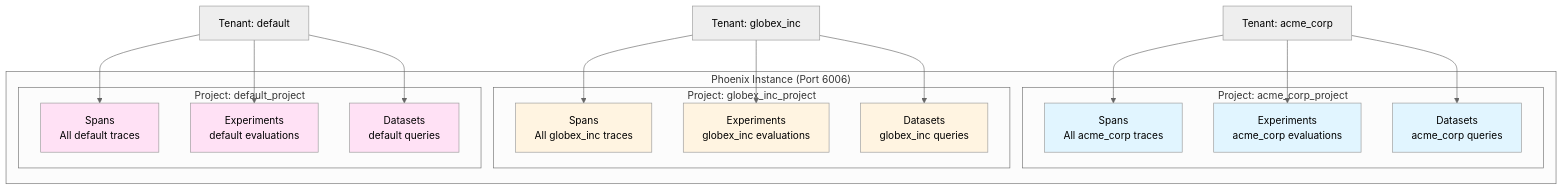
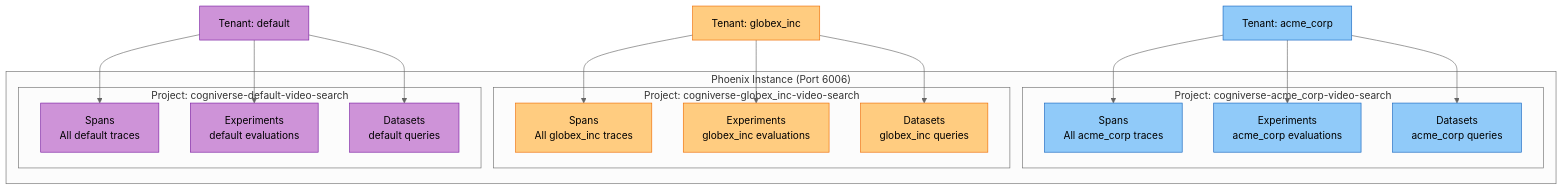
The tenth of 19 diagrams in docs/diagrams/multi-tenant-diagrams.md (amit-jain/cogniverse), drawn with Mermaid (neutral theme) before and after one commit. The commit also changed other lines of this file and 83 other files, not shown here.

First line of the commit message:
Fix documentation veracity, formatting, and diagrams across all modules

````diff
--- a/docs/diagrams/multi-tenant-diagrams.md
+++ b/docs/diagrams/multi-tenant-diagrams.md
@@ -403,44 +432,47 @@
 ```mermaid
-graph TB
+flowchart TB
     subgraph "Phoenix Instance (Port 6006)"
-        subgraph "Project: acme_corp_project"
-            SpansA[Spans<br/>All acme_corp traces]
-            ExperimentsA[Experiments<br/>acme_corp evaluations]
-            DatasetsA[Datasets<br/>acme_corp queries]
+        subgraph "Project: cogniverse-acme_corp-video-search"
+            SpansA["<span style='color:#000'>Spans<br/>All acme_corp traces</span>"]
+            ExperimentsA["<span style='color:#000'>Experiments<br/>acme_corp evaluations</span>"]
+            DatasetsA["<span style='color:#000'>Datasets<br/>acme_corp queries</span>"]
         end
 
-        subgraph "Project: globex_inc_project"
-            SpansB[Spans<br/>All globex_inc traces]
-            ExperimentsB[Experiments<br/>globex_inc evaluations]
-            DatasetsB[Datasets<br/>globex_inc queries]
+        subgraph "Project: cogniverse-globex_inc-video-search"
+            SpansB["<span style='color:#000'>Spans<br/>All globex_inc traces</span>"]
+            ExperimentsB["<span style='color:#000'>Experiments<br/>globex_inc evaluations</span>"]
+            DatasetsB["<span style='color:#000'>Datasets<br/>globex_inc queries</span>"]
         end
 
-        subgraph "Project: default_project"
-            SpansC[Spans<br/>All default traces]
-            ExperimentsC[Experiments<br/>default evaluations]
-            DatasetsC[Datasets<br/>default queries]
+        subgraph "Project: cogniverse-default-video-search"
+            SpansC["<span style='color:#000'>Spans<br/>All default traces</span>"]
+            ExperimentsC["<span style='color:#000'>Experiments<br/>default evaluations</span>"]
+            DatasetsC["<span style='color:#000'>Datasets<br/>default queries</span>"]
         end
     end
 
-    TenantA[Tenant: acme_corp] --> SpansA
+    TenantA["<span style='color:#000'>Tenant: acme_corp</span>"] --> SpansA
     TenantA --> ExperimentsA
     TenantA --> DatasetsA
 
-    TenantB[Tenant: globex_inc] --> SpansB
+    TenantB["<span style='color:#000'>Tenant: globex_inc</span>"] --> SpansB
     TenantB --> ExperimentsB
     TenantB --> DatasetsB
 
-    TenantC[Tenant: default] --> SpansC
+    TenantC["<span style='color:#000'>Tenant: default</span>"] --> SpansC
     TenantC --> ExperimentsC
     TenantC --> DatasetsC
 
-    style SpansA fill:#e1f5ff
-    style ExperimentsA fill:#e1f5ff
-    style DatasetsA fill:#e1f5ff
-    style SpansB fill:#fff4e1
-    style ExperimentsB fill:#fff4e1
-    style DatasetsB fill:#fff4e1
-    style SpansC fill:#ffe1f5
-    style ExperimentsC fill:#ffe1f5
-    style DatasetsC fill:#ffe1f5
+    style TenantA fill:#90caf9,stroke:#1565c0,color:#000
+    style TenantB fill:#ffcc80,stroke:#ef6c00,color:#000
+    style TenantC fill:#ce93d8,stroke:#7b1fa2,color:#000
+    style SpansA fill:#90caf9,stroke:#1565c0,color:#000
+    style ExperimentsA fill:#90caf9,stroke:#1565c0,color:#000
+    style DatasetsA fill:#90caf9,stroke:#1565c0,color:#000
+    style SpansB fill:#ffcc80,stroke:#ef6c00,color:#000
+    style ExperimentsB fill:#ffcc80,stroke:#ef6c00,color:#000
+    style DatasetsB fill:#ffcc80,stroke:#ef6c00,color:#000
+    style SpansC fill:#ce93d8,stroke:#7b1fa2,color:#000
+    style ExperimentsC fill:#ce93d8,stroke:#7b1fa2,color:#000
+    style DatasetsC fill:#ce93d8,stroke:#7b1fa2,color:#000
 ```
````
